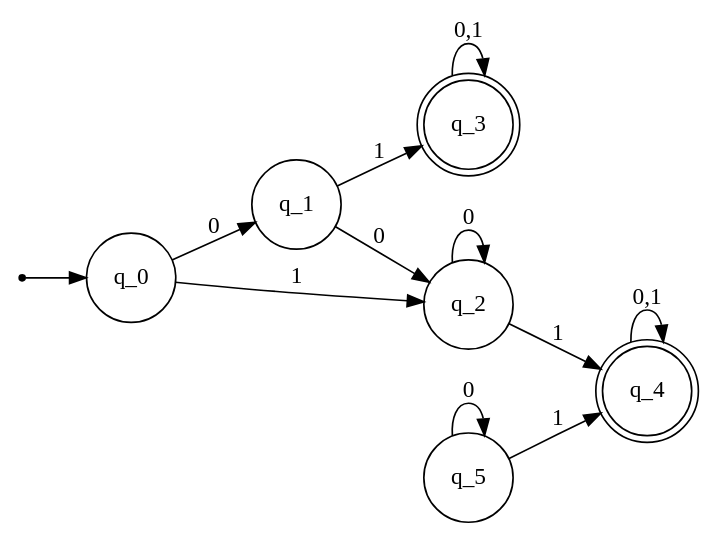
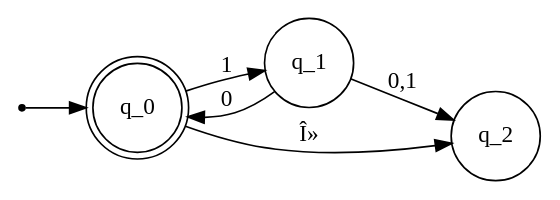
One commit to Mootikins/csc445_exam1 changed the diagram in nfa29.gv. Above: the diagram before and after it, drawn with Graphviz.

Commit message:
Fixed nfa being same as dfa

```diff
--- a/nfa29.gv
+++ b/nfa29.gv
@@ -1,18 +1,12 @@
 digraph deterministic_finite_accepter {
 	rankdir=LR;
 	size="8,5"
 	node [shape = point ]; qi
-	node [shape = doublecircle]; q_3, q_4;
+	node [shape = doublecircle]; q_0
 	node [shape = circle];
 	qi  -> q_0
-	q_0 -> q_1 [ label = "0" ];
-	q_0 -> q_2 [ label = "1" ];
-	q_1 -> q_2 [ label = "0" ];
-	q_1 -> q_3 [ label = "1" ];
-	q_2 -> q_2 [ label = "0" ];
-	q_2 -> q_4 [ label = "1" ];
-	q_3 -> q_3 [ label = "0,1" ];
-	q_4 -> q_4 [ label = "0,1" ];
-	q_5 -> q_5 [ label = "0" ];
-	q_5 -> q_4 [ label = "1" ];	
+	q_0 -> q_1 [ label = "1" ];
+	q_0 -> q_2 [ label = "Î»" ];
+	q_1 -> q_0 [ label = "0" ];
+	q_1 -> q_2 [ label = "0,1" ];	
 }
```
